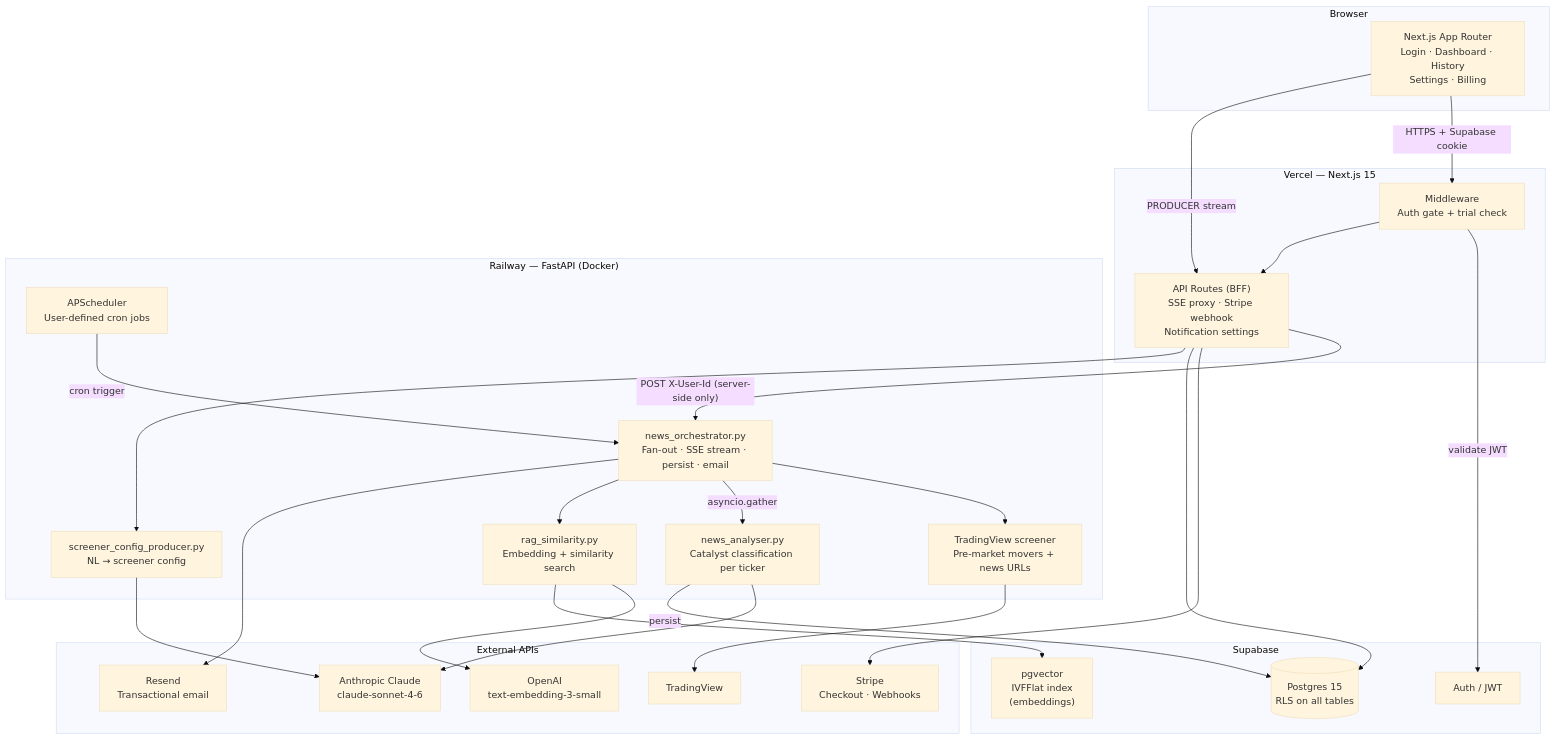
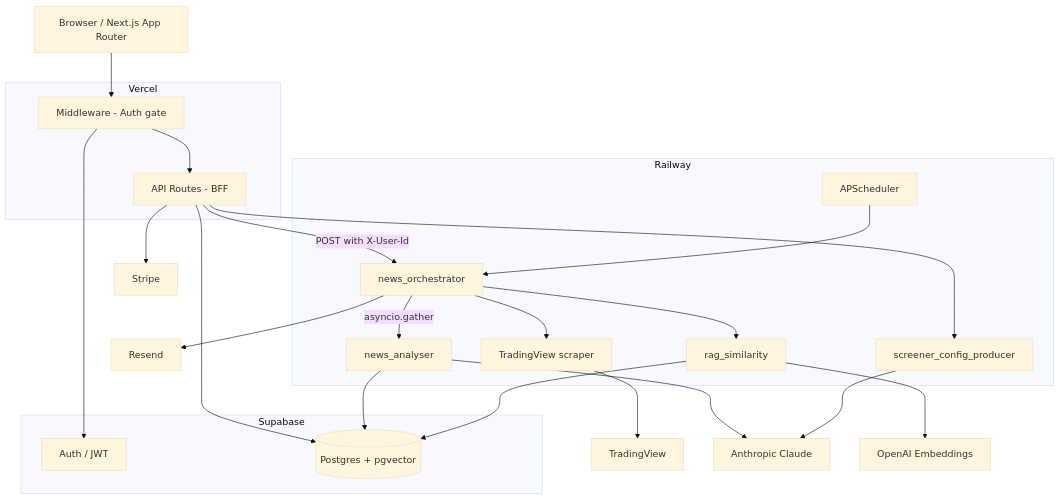
Before and after one commit to jovmlads/episodic-pivots-ai: the first of 4 diagrams in README.md, drawn with Mermaid (base theme). The commit also changed other lines of this file, not shown here.

Commit message:
docs: fix Mermaid diagrams - remove special chars and invalid syntax

````diff
--- a/README.md
+++ b/README.md
@@ -39,54 +39,48 @@
 ```mermaid
 graph TB
-    subgraph Browser["Browser"]
-        UI["Next.js App Router\nLogin · Dashboard · History\nSettings · Billing"]
+    UI[Browser / Next.js App Router]
+
+    subgraph Vercel
+        MW[Middleware - Auth gate]
+        BFF[API Routes - BFF]
     end
 
-    subgraph Vercel["Vercel — Next.js 15"]
-        MW["Middleware\nAuth gate + trial check"]
-        BFF["API Routes (BFF)\nSSE proxy · Stripe webhook\nNotification settings"]
+    subgraph Railway
+        ORCH[news_orchestrator]
+        ANALYSER[news_analyser]
+        SCRAPER[TradingView scraper]
+        SCHED[APScheduler]
+        RAG[rag_similarity]
+        PRODUCER[screener_config_producer]
     end
 
-    subgraph Railway["Railway — FastAPI (Docker)"]
-        ORCH["news_orchestrator.py\nFan-out · SSE stream · persist · email"]
-        ANALYSER["news_analyser.py\nCatalyst classification per ticker"]
-        SCRAPER["TradingView screener\nPre-market movers + news URLs"]
-        SCHED["APScheduler\nUser-defined cron jobs"]
-        RAG["rag_similarity.py\nEmbedding + similarity search"]
-        PRODUCER["screener_config_producer.py\nNL → screener config"]
+    subgraph Supabase
+        AUTH[Auth / JWT]
+        DB[(Postgres + pgvector)]
     end
 
-    subgraph Supabase["Supabase"]
-        AUTH["Auth / JWT"]
-        DB[("Postgres 15\nRLS on all tables")]
-        VEC["pgvector\nIVFFlat index\n(embeddings)"]
-    end
+    TV[TradingView]
+    CLAUDE[Anthropic Claude]
+    OAI[OpenAI Embeddings]
+    STRIPE[Stripe]
+    RESEND[Resend]
 
-    subgraph External["External APIs"]
-        TV["TradingView"]
-        CLAUDE["Anthropic Claude\nclaude-sonnet-4-6"]
-        OAI["OpenAI\ntext-embedding-3-small"]
-        STRIPE["Stripe\nCheckout · Webhooks"]
-        RESEND["Resend\nTransactional email"]
-    end
-
-    UI -->|"HTTPS + Supabase cookie"| MW
-    MW -->|"validate JWT"| AUTH
+    UI --> MW
+    MW --> AUTH
     MW --> BFF
-    BFF -->|"POST X-User-Id (server-side only)"| ORCH
+    BFF -->|POST with X-User-Id| ORCH
     BFF --> STRIPE
-    SCHED -->|"cron trigger"| ORCH
+    BFF --> DB
+    BFF --> PRODUCER
+    SCHED --> ORCH
     ORCH --> SCRAPER
     SCRAPER --> TV
-    ORCH -->|"asyncio.gather"| ANALYSER
+    ORCH -->|asyncio.gather| ANALYSER
     ANALYSER --> CLAUDE
-    ANALYSER -->|"persist"| DB
+    ANALYSER --> DB
     ORCH --> RAG
     RAG --> OAI
-    RAG --> VEC
+    RAG --> DB
     ORCH --> RESEND
-    BFF --> DB
-    UI -->|"PRODUCER stream"| BFF
-    BFF --> PRODUCER
     PRODUCER --> CLAUDE
 ```
````
